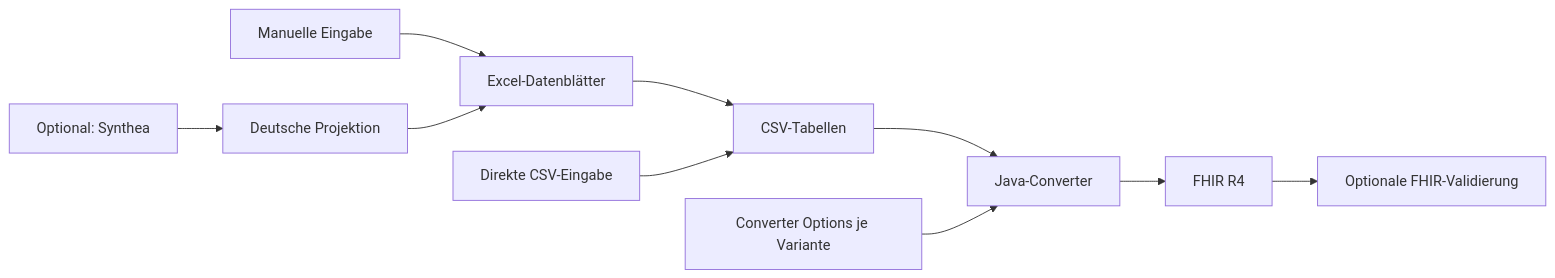
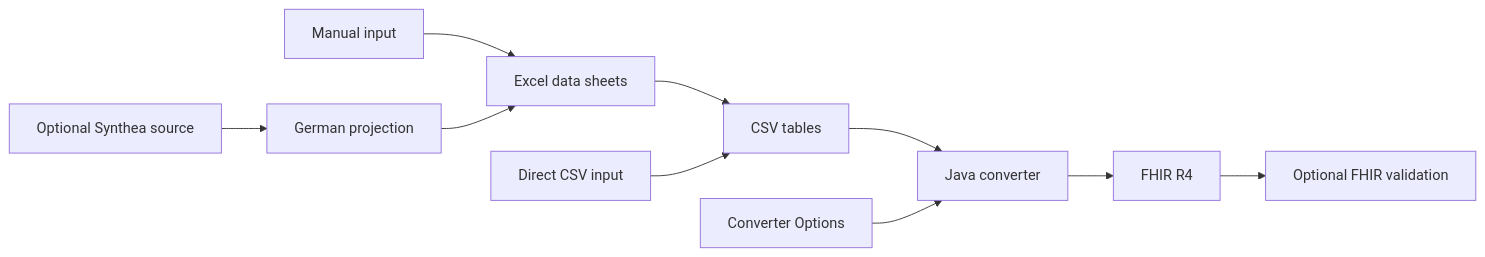
Before and after one commit to medizininformatik-initiative/excel2fhir: the diagram in docs/architecture.md, drawn with Mermaid. The commit also changed other lines of this file and 30 other files, not shown here.

````diff
--- a/docs/architecture.md
+++ b/docs/architecture.md
@@ -13,12 +10,12 @@
 ```mermaid
 flowchart LR
-  M[Manuelle Eingabe] --> E[Excel-Datenblätter]
-  E --> C[CSV-Tabellen]
-  D[Direkte CSV-Eingabe] --> C
-  C --> J[Java-Converter]
-  O[Converter Options je Variante] --> J
+  M[Manual input] --> E[Excel data sheets]
+  E --> C[CSV tables]
+  D[Direct CSV input] --> C
+  C --> J[Java converter]
+  O[Converter Options] --> J
   J --> F[FHIR R4]
-  F --> V[Optionale FHIR-Validierung]
-  S[Optional: Synthea] --> P[Deutsche Projektion]
+  F --> V[Optional FHIR validation]
+  S[Optional Synthea source] --> P[German projection]
   P --> E
 ```
````
